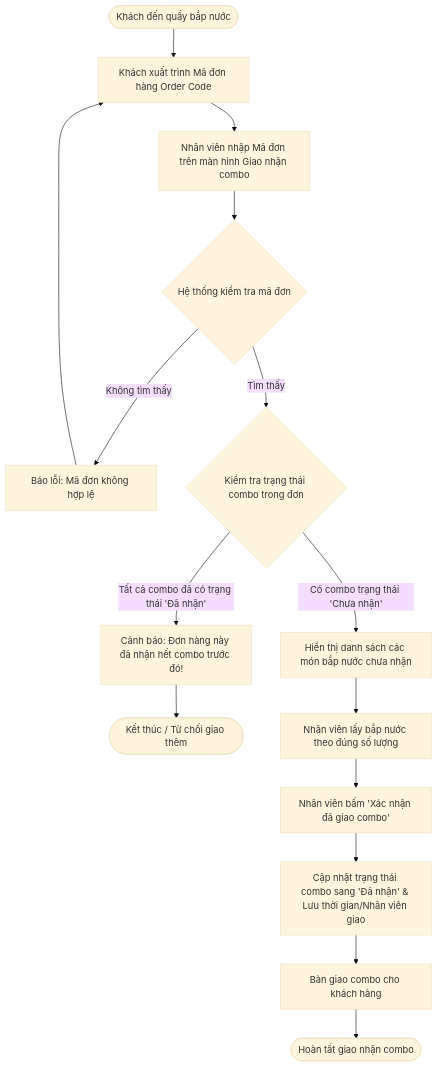
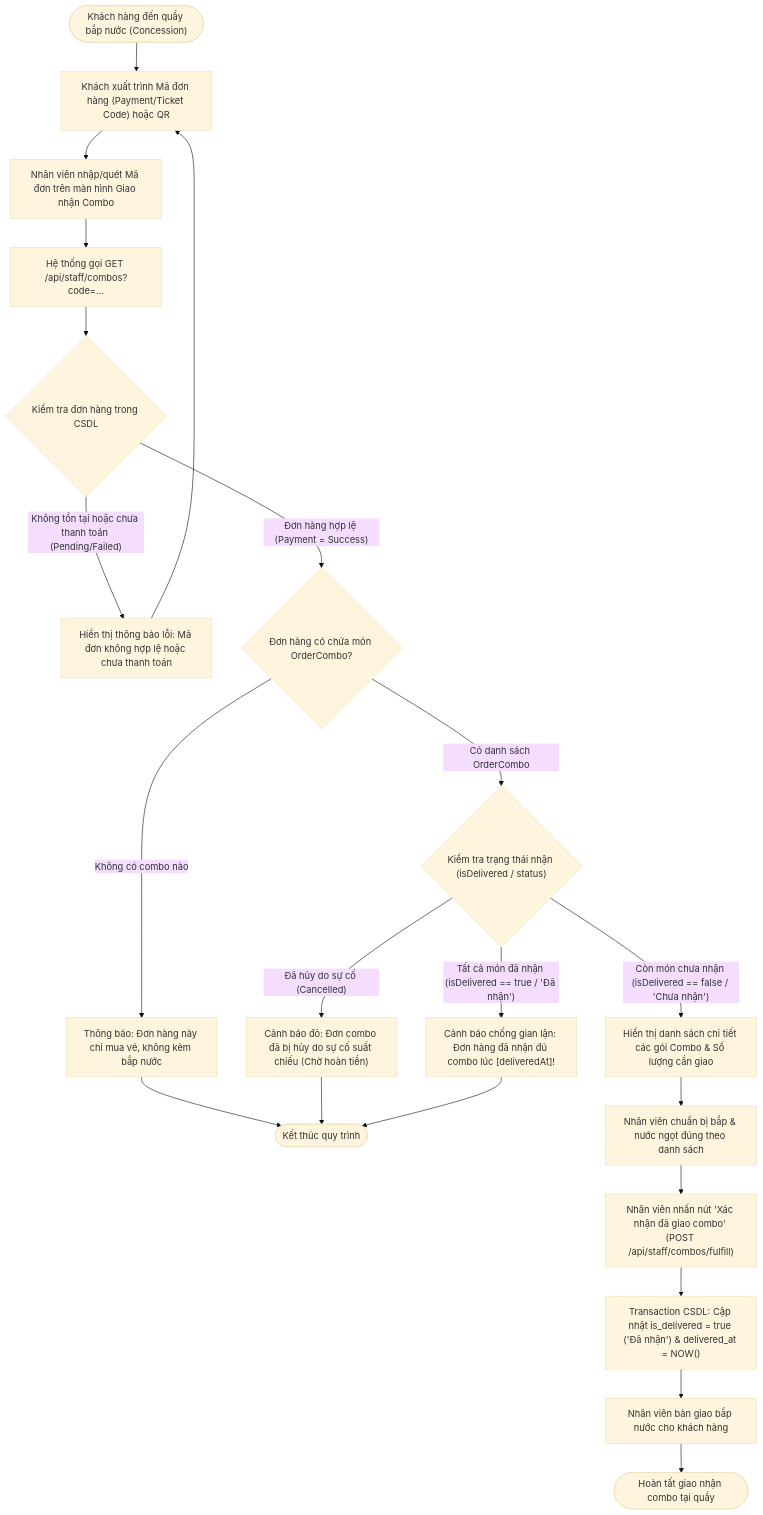
Before and after one commit to MaGiaVy/CinemaLUMI: the fourth of 12 diagrams in SRS_He_Thong_Quan_Ly_Rap_Phim.md, drawn with Mermaid (base theme). The commit also changed other lines of this file and 254 other files, not shown here.

Commit message:
feat(docs-uml): upgrade SRS to v2.0 and synchronize all 62 UML diagrams with codebase

````diff
--- a/SRS_He_Thong_Quan_Ly_Rap_Phim.md
+++ b/SRS_He_Thong_Quan_Ly_Rap_Phim.md
@@ -455,21 +1184,30 @@
 ```mermaid
 graph TD
-    Start([Khách đến quầy bắp nước]) --> InputCode[Khách xuất trình Mã đơn hàng Order Code]
-    InputCode --> StaffSearch[Nhân viên nhập Mã đơn trên màn hình Giao nhận combo]
-    StaffSearch --> QueryDB{Hệ thống kiểm tra mã đơn}
-    
-    QueryDB -- Không tìm thấy --> ShowError[Báo lỗi: Mã đơn không hợp lệ]
-    ShowError --> InputCode
-    
-    QueryDB -- Tìm thấy --> CheckStatus{Kiểm tra trạng thái combo trong đơn}
-    
-    CheckStatus -- Tất cả combo đã có trạng thái 'Đã nhận' --> ShowDone[Cảnh báo: Đơn hàng này đã nhận hết combo trước đó!]
-    ShowDone --> End([Kết thúc / Từ chối giao thêm])
-    
-    CheckStatus -- Có combo trạng thái 'Chưa nhận' --> DisplayList[Hiển thị danh sách các món bắp nước chưa nhận]
-    DisplayList --> StaffPrepare[Nhân viên lấy bắp nước theo đúng số lượng]
-    StaffPrepare --> StaffClick[Nhân viên bấm 'Xác nhận đã giao combo']
-    StaffClick --> UpdateDB[Cập nhật trạng thái combo sang 'Đã nhận' & Lưu thời gian/Nhân viên giao]
-    UpdateDB --> Handover[Bàn giao combo cho khách hàng]
-    Handover --> Success([Hoàn tất giao nhận combo])
+    Start(["Khách hàng đến quầy bắp nước (Concession)"]) --> PresentCode["Khách xuất trình Mã đơn hàng (Payment/Ticket Code) hoặc QR"]
+    PresentCode --> StaffInput["Nhân viên nhập/quét Mã đơn trên màn hình Giao nhận Combo"]
+    StaffInput --> CallAPI["Hệ thống gọi GET /api/staff/combos?code=..."]
+    CallAPI --> CheckOrder{"Kiểm tra đơn hàng trong CSDL"}
+
+    CheckOrder -- "Không tồn tại hoặc chưa thanh toán (Pending/Failed)" --> AlertInvalid["Hiển thị thông báo lỗi: Mã đơn không hợp lệ hoặc chưa thanh toán"]
+    AlertInvalid --> PresentCode
+
+    CheckOrder -- "Đơn hàng hợp lệ (Payment = Success)" --> CheckHasCombo{"Đơn hàng có chứa món OrderCombo?"}
+
+    CheckHasCombo -- "Không có combo nào" --> AlertNoCombo["Thông báo: Đơn hàng này chỉ mua vé, không kèm bắp nước"]
+    AlertNoCombo --> EndReject(["Kết thúc quy trình"])
+
+    CheckHasCombo -- "Có danh sách OrderCombo" --> CheckComboStatus{"Kiểm tra trạng thái nhận (isDelivered / status)"}
+
+    CheckComboStatus -- "Đã hủy do sự cố (Cancelled)" --> AlertCancelled["Cảnh báo đỏ: Đơn combo đã bị hủy do sự cố suất chiếu (Chờ hoàn tiền)"]
+    AlertCancelled --> EndReject
+
+    CheckComboStatus -- "Tất cả món đã nhận (isDelivered == true / 'Đã nhận')" --> AlertAlreadyDelivered["Cảnh báo chống gian lận: Đơn hàng đã nhận đủ combo lúc [deliveredAt]!"]
+    AlertAlreadyDelivered --> EndReject
+
+    CheckComboStatus -- "Còn món chưa nhận (isDelivered == false / 'Chưa nhận')" --> ShowPendingList["Hiển thị danh sách chi tiết các gói Combo & Số lượng cần giao"]
+    ShowPendingList --> PrepareCombo["Nhân viên chuẩn bị bắp & nước ngọt đúng theo danh sách"]
+    PrepareCombo --> ConfirmClick["Nhân viên nhấn nút 'Xác nhận đã giao combo' (POST /api/staff/combos/fulfill)"]
+    ConfirmClick --> UpdateDB["Transaction CSDL: Cập nhật is_delivered = true ('Đã nhận') & delivered_at = NOW()"]
+    UpdateDB --> Handover["Nhân viên bàn giao bắp nước cho khách hàng"]
+    Handover --> EndSuccess(["Hoàn tất giao nhận combo tại quầy"])
 ```
````
